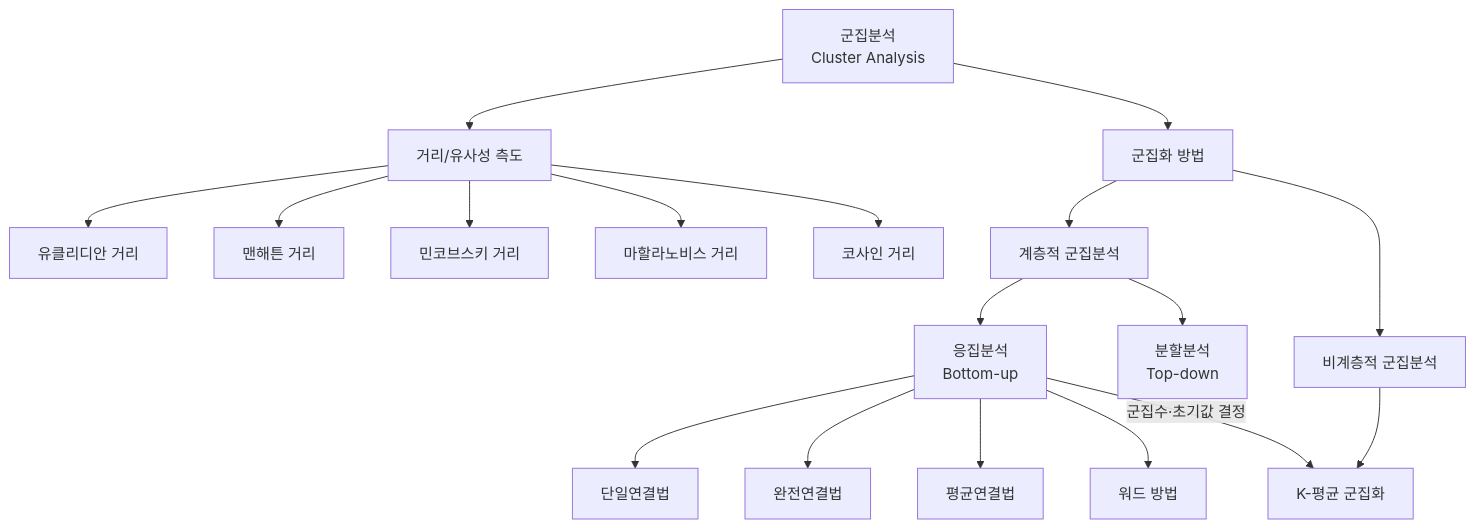
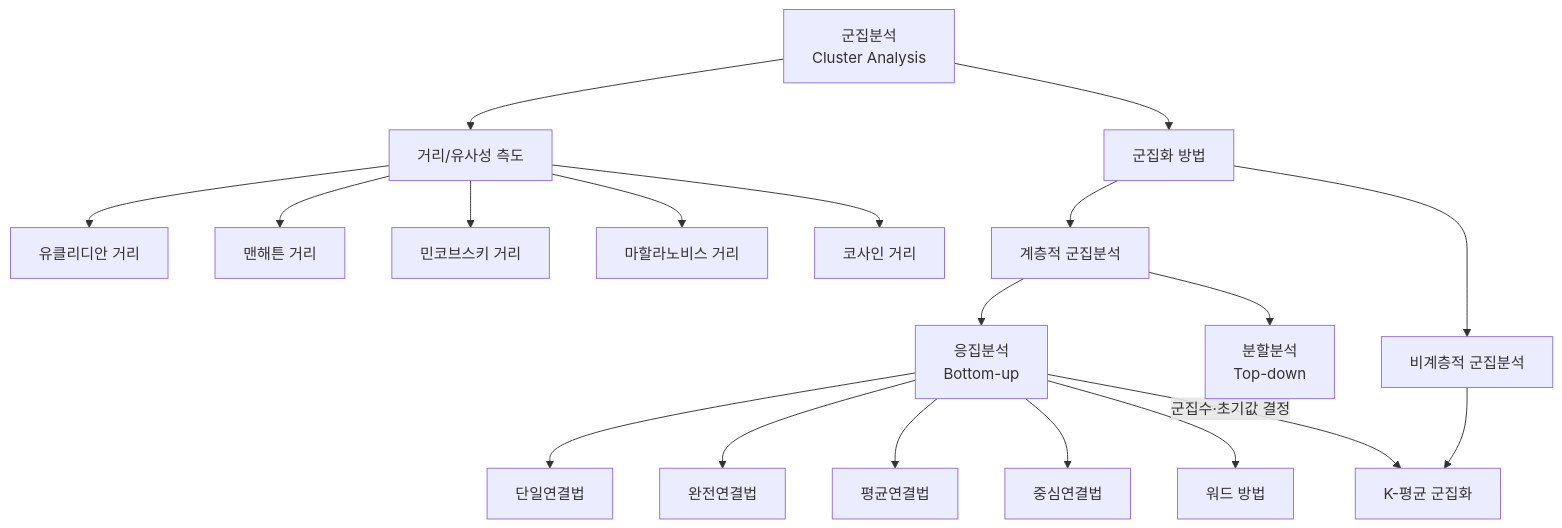
The first of 2 diagrams in subjects/4-1/데이터마이닝/12강. 군집분석 Ⅰ.md (yang-heeseok/University_KNOU), drawn with Mermaid before and after one commit. The commit also changed other lines of this file and 14 other files, not shown here.

````diff
--- a/subjects/4-1/데이터마이닝/12강. 군집분석 Ⅰ.md
+++ b/subjects/4-1/데이터마이닝/12강. 군집분석 Ⅰ.md
@@ -82,20 +100,21 @@
 ```mermaid
 graph TD
     A[군집분석<br>Cluster Analysis] --> B[거리/유사성 측도]
     A --> C[군집화 방법]
     B --> B1[유클리디안 거리]
     B --> B2[맨해튼 거리]
     B --> B3[민코브스키 거리]
     B --> B4[마할라노비스 거리]
     B --> B5[코사인 거리]
     C --> D[계층적 군집분석]
     C --> E[비계층적 군집분석]
     D --> D1[응집분석<br>Bottom-up]
     D --> D2[분할분석<br>Top-down]
     D1 --> F1[단일연결법]
     D1 --> F2[완전연결법]
     D1 --> F3[평균연결법]
+    D1 --> F5[중심연결법]
     D1 --> F4[워드 방법]
     E --> E1[K-평균 군집화]
     D1 -->|군집수·초기값 결정| E1
 ```
````
